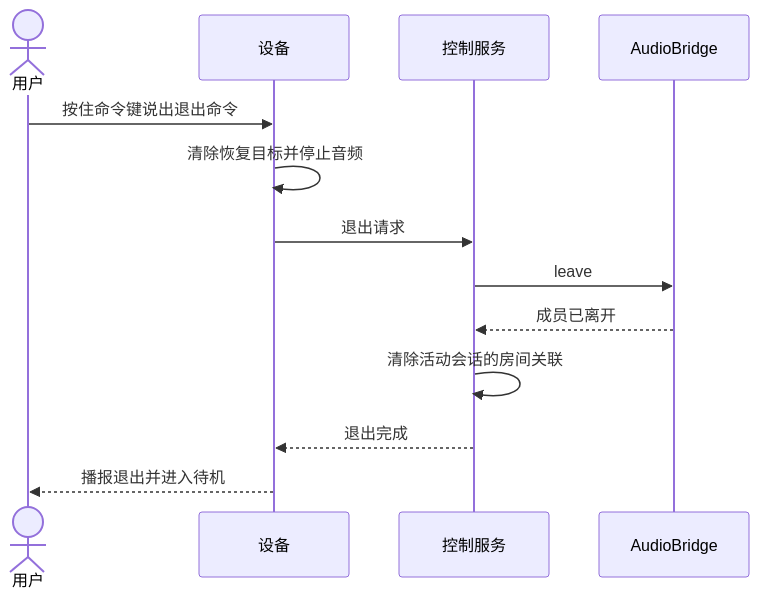
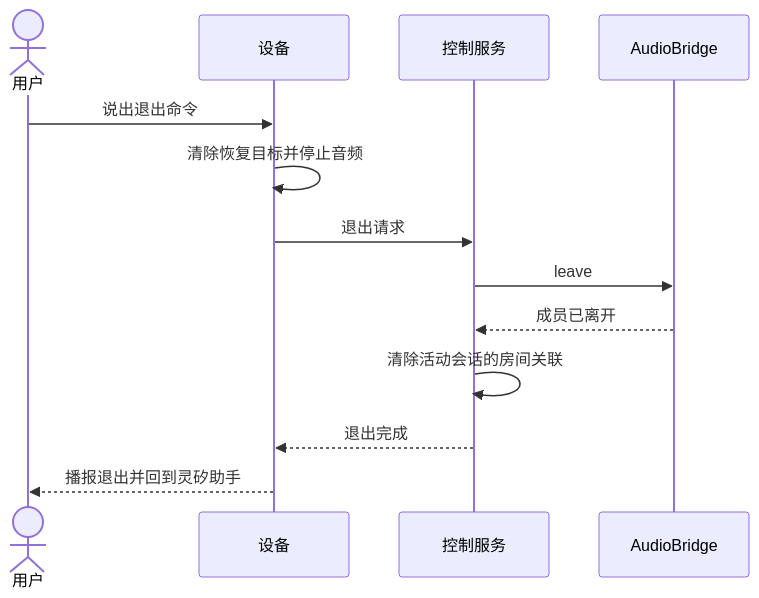
The sixth of 7 diagrams in docs/architecture-design.md (Shi1xin/linx-intercom), drawn with Mermaid before and after one commit. The commit also changed other lines of this file and 1 other file, not shown here.

````diff
--- a/docs/architecture-design.md
+++ b/docs/architecture-design.md
@@ -188,15 +237,15 @@
 ```mermaid
 sequenceDiagram
     actor U as 用户
     participant D as 设备
     participant C as 控制服务
     participant J as AudioBridge
-    U->>D: 按住命令键说出退出命令
+    U->>D: 说出退出命令
     D->>D: 清除恢复目标并停止音频
     D->>C: 退出请求
     C->>J: leave
     J-->>C: 成员已离开
     C->>C: 清除活动会话的房间关联
     C-->>D: 退出完成
-    D-->>U: 播报退出并进入待机
+    D-->>U: 播报退出并回到灵矽助手
 ```
````
